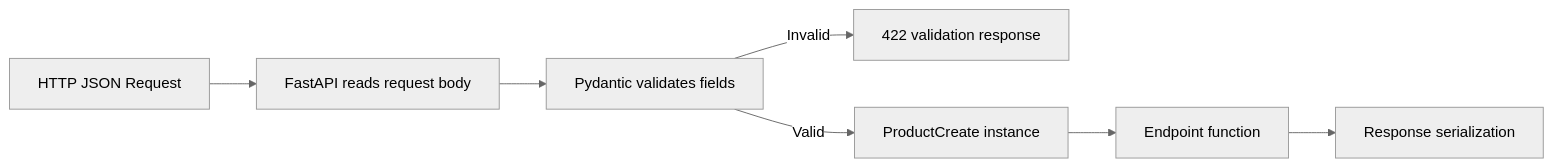
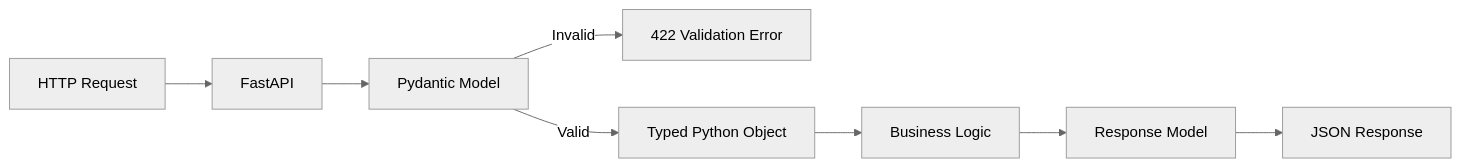
One commit to AvadhBhalodiya/Interview-Preparation changed the first of 3 diagrams in src/content/fastapi/pydantic-models-validation.md. Above: the diagram before and after it, drawn with Mermaid (neutral theme). The commit also changed other lines of this file and 80 other files, not shown here.

````diff
--- a/src/content/fastapi/pydantic-models-validation.md
+++ b/src/content/fastapi/pydantic-models-validation.md
@@ -21,9 +21,10 @@
 ```mermaid
 flowchart LR
-    A[HTTP JSON Request] --> B[FastAPI reads request body]
-    B --> C[Pydantic validates fields]
-    C -->|Invalid| D[422 validation response]
-    C -->|Valid| E[ProductCreate instance]
-    E --> F[Endpoint function]
-    F --> G[Response serialization]
+    A[HTTP Request] --> B[FastAPI]
+    B --> C[Pydantic Model]
+    C -->|Invalid| D[422 Validation Error]
+    C -->|Valid| E[Typed Python Object]
+    E --> F[Business Logic]
+    F --> G[Response Model]
+    G --> H[JSON Response]
 ```
````
